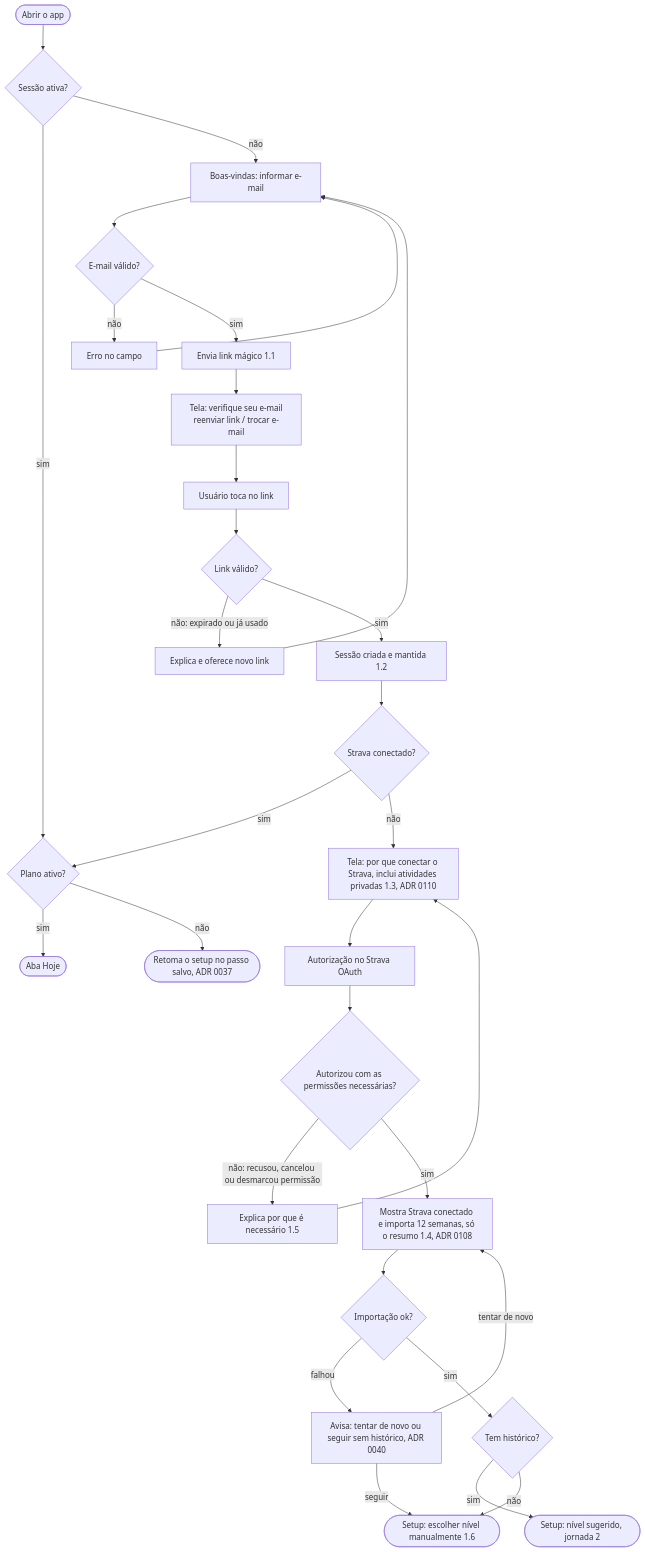
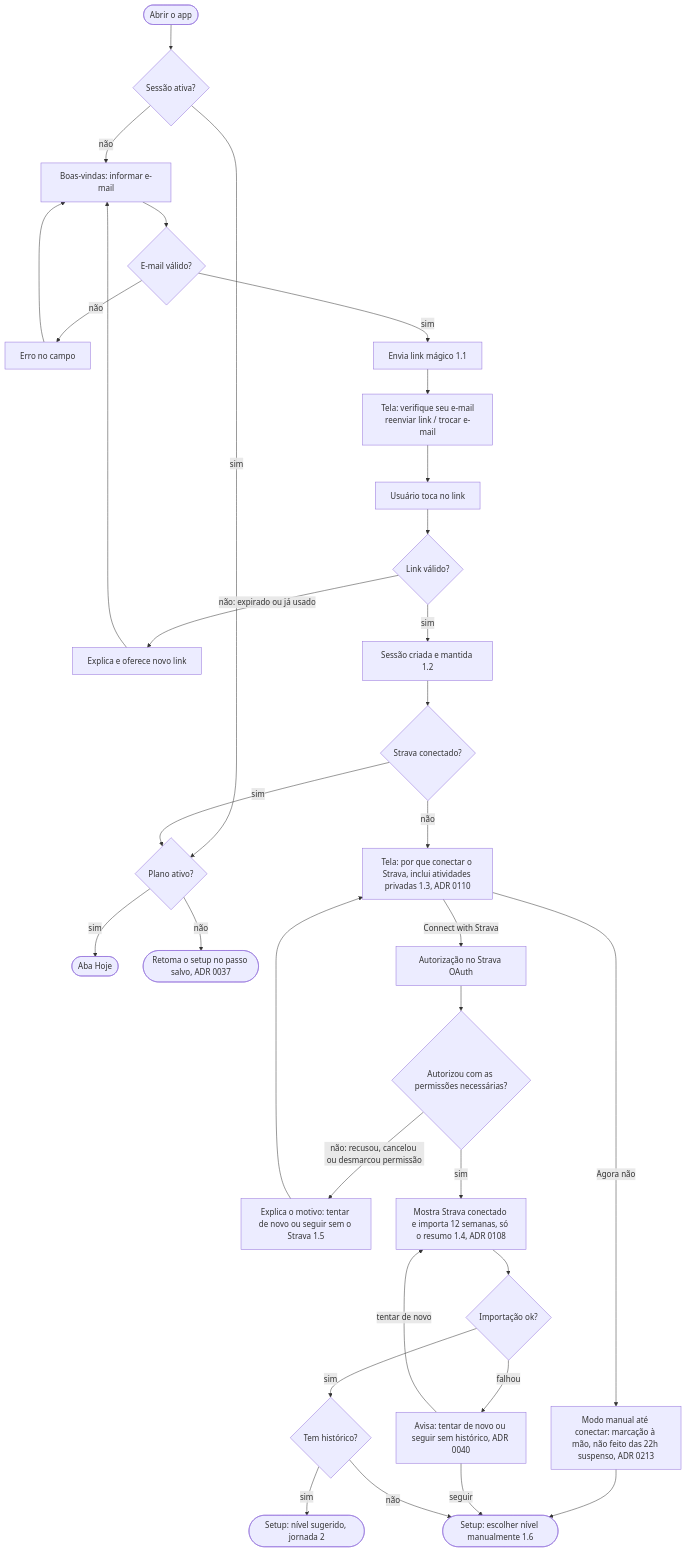
Before and after one commit to cruzvini/app-corrida: the first of 11 diagrams in docs/fluxos.md, drawn with Mermaid. The commit also changed other lines of this file and 8 other files, not shown here.

````diff
--- a/docs/fluxos.md
+++ b/docs/fluxos.md
@@ -7,30 +7,32 @@
 ```mermaid
 flowchart TD
   A([Abrir o app]) --> B{Sessão ativa?}
   B -- sim --> C{Plano ativo?}
   C -- sim --> HOJE([Aba Hoje])
   C -- não --> RET([Retoma o setup no passo salvo, ADR 0037])
   B -- não --> D[Boas-vindas: informar e-mail]
   D --> E{E-mail válido?}
   E -- não --> E1[Erro no campo] --> D
   E -- sim --> F[Envia link mágico 1.1]
   F --> G[Tela: verifique seu e-mail<br/>reenviar link / trocar e-mail]
   G --> H[Usuário toca no link]
   H --> I{Link válido?}
   I -- não: expirado ou já usado --> I1[Explica e oferece novo link] --> D
   I -- sim --> J[Sessão criada e mantida 1.2]
   J --> K{Strava conectado?}
   K -- sim --> C
   K -- não --> L[Tela: por que conectar o Strava, inclui atividades privadas 1.3, ADR 0110]
-  L --> M[Autorização no Strava OAuth]
+  L -- Connect with Strava --> M[Autorização no Strava OAuth]
+  L -- Agora não --> MAN[Modo manual até conectar: marcação à mão, não feito das 22h suspenso, ADR 0213]
+  MAN --> S2
   M --> N{Autorizou com as permissões necessárias?}
-  N -- não: recusou, cancelou ou desmarcou permissão --> N1[Explica por que é necessário 1.5] --> L
+  N -- não: recusou, cancelou ou desmarcou permissão --> N1[Explica o motivo: tentar de novo ou seguir sem o Strava 1.5] --> L
   N -- sim --> O[Mostra Strava conectado e importa 12 semanas, só o resumo 1.4, ADR 0108]
   O --> P{Importação ok?}
   P -- falhou --> P1[Avisa: tentar de novo ou seguir sem histórico, ADR 0040]
   P1 -- tentar de novo --> O
   P1 -- seguir --> S2
   P -- sim --> Q{Tem histórico?}
   Q -- sim --> S1([Setup: nível sugerido, jornada 2])
   Q -- não --> S2([Setup: escolher nível manualmente 1.6])
 ```
````
